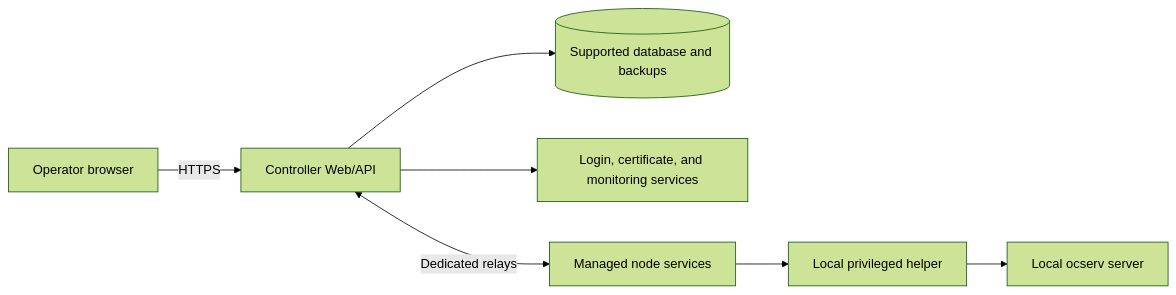
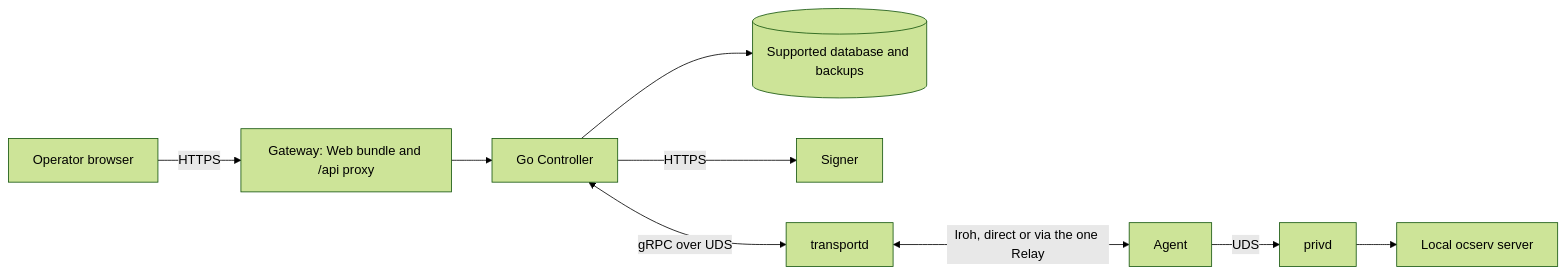
The diagram in docs/architecture.md (GentleKingson/ocservia), drawn with Mermaid (forest theme) before and after one commit. The commit also changed other lines of this file and 62 other files, not shown here.

````diff
--- a/docs/architecture.md
+++ b/docs/architecture.md
@@ -15,9 +15,11 @@
 ```mermaid
 flowchart LR
-    Operator["Operator browser"] -->|HTTPS| Controller["Controller Web/API"]
+    Operator["Operator browser"] -->|HTTPS| Gateway["Gateway: Web bundle and /api proxy"]
+    Gateway --> Controller["Go Controller"]
     Controller --> Database[("Supported database and backups")]
-    Controller --> Services["Login, certificate, and monitoring services"]
-    Controller <-->|Dedicated relays| Node["Managed node services"]
-    Node --> Helper["Local privileged helper"]
-    Helper --> Ocserv["Local ocserv server"]
+    Controller -->|HTTPS| Signer["Signer"]
+    Controller <-->|gRPC over UDS| Transportd["transportd"]
+    Transportd <-->|"Iroh, direct or via the one Relay"| Agent["Agent"]
+    Agent -->|UDS| Privd["privd"]
+    Privd --> Ocserv["Local ocserv server"]
 ```
````
